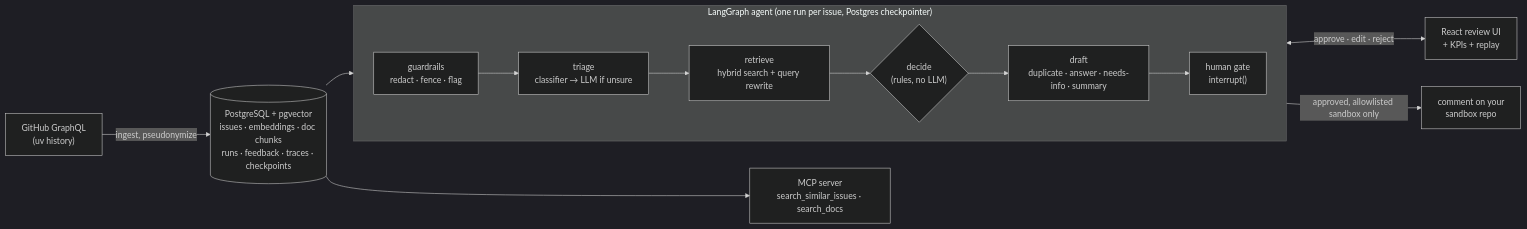
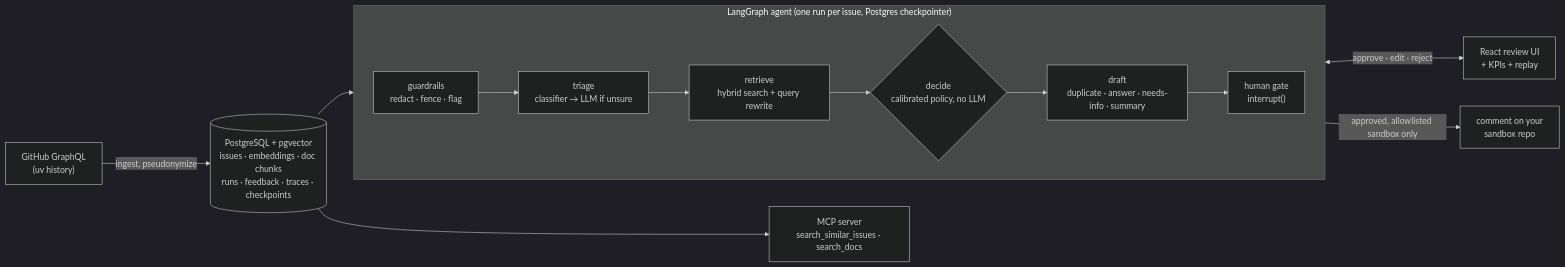
The diagram in README.md (maideps/ai-issue-triage), drawn with Mermaid (dark theme) before and after one commit. The commit also changed other lines of this file and 19 other files, not shown here.

````diff
--- a/README.md
+++ b/README.md
@@ -47,16 +47,16 @@
 ```mermaid
 flowchart LR
   gh["GitHub GraphQL<br/>(uv history)"] -->|ingest, pseudonymize| store[("PostgreSQL + pgvector<br/>issues · embeddings · doc chunks<br/>runs · feedback · traces · checkpoints")]
   subgraph agent["LangGraph agent (one run per issue, Postgres checkpointer)"]
     direction LR
     guard["guardrails<br/>redact · fence · flag"] --> triage["triage<br/>classifier → LLM if unsure"]
     triage --> retrieve["retrieve<br/>hybrid search + query rewrite"]
-    retrieve --> decide{"decide<br/>(rules, no LLM)"}
+    retrieve --> decide{"decide<br/>calibrated policy, no LLM"}
     decide --> draft["draft<br/>duplicate · answer · needs-info · summary"]
     draft --> gate["human gate<br/>interrupt()"]
   end
   store --> agent
   gate <-->|approve · edit · reject| ui["React review UI<br/>+ KPIs + replay"]
   gate -->|approved, allowlisted sandbox only| post["comment on your<br/>sandbox repo"]
   store --> mcp["MCP server<br/>search_similar_issues · search_docs"]
 ```
````
